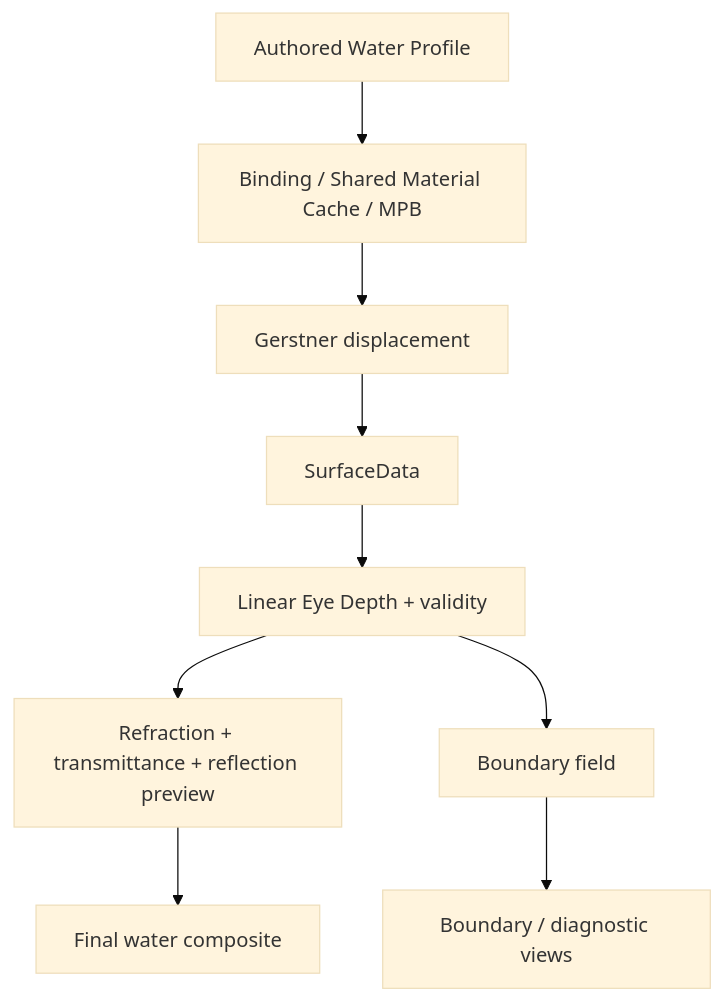
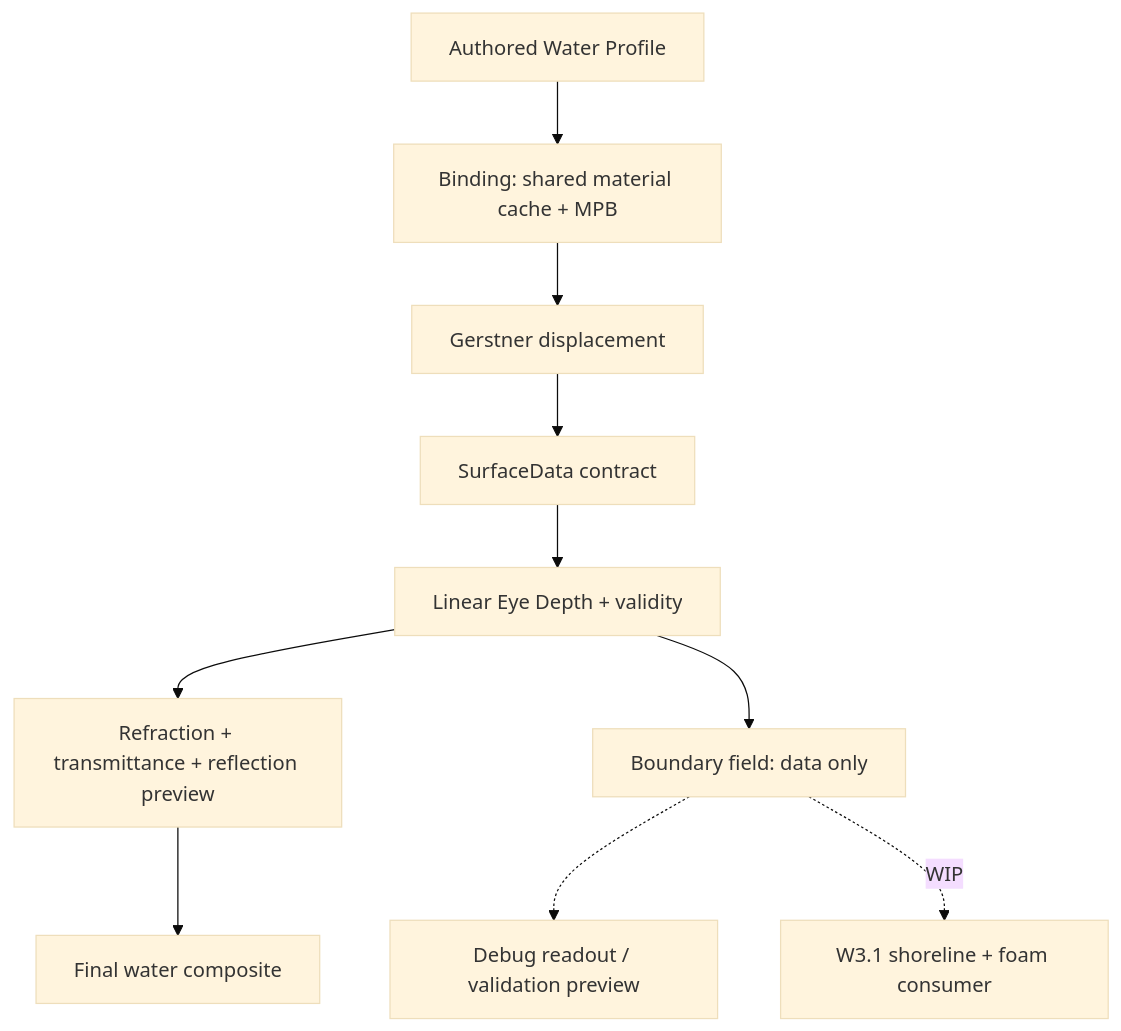
The diagram in README.md (lilith-techart/FluidMatter-Water), drawn with Mermaid (base theme) before and after one commit. The commit also changed other lines of this file and 6 other files, not shown here.

````diff
--- a/README.md
+++ b/README.md
@@ -37,11 +52,12 @@
-~~~mermaid
+```mermaid
 flowchart TD
-    Profile[Authored Water Profile] --> Binding[Binding / Shared Material Cache / MPB]
+    Profile[Authored Water Profile] --> Binding[Binding: shared material cache + MPB]
     Binding --> Wave[Gerstner displacement]
-    Wave --> Surface[SurfaceData]
+    Wave --> Surface[SurfaceData contract]
     Surface --> Depth[Linear Eye Depth + validity]
     Depth --> Optics[Refraction + transmittance + reflection preview]
-    Depth --> Boundary[Boundary field]
+    Depth --> Boundary[Boundary field: data only]
     Optics --> Composite[Final water composite]
-    Boundary --> Debug[Boundary / diagnostic views]
-~~~
+    Boundary -.-> Debug[Debug readout / validation preview]
+    Boundary -. WIP .-> Shore[W3.1 shoreline + foam consumer]
+```
````
